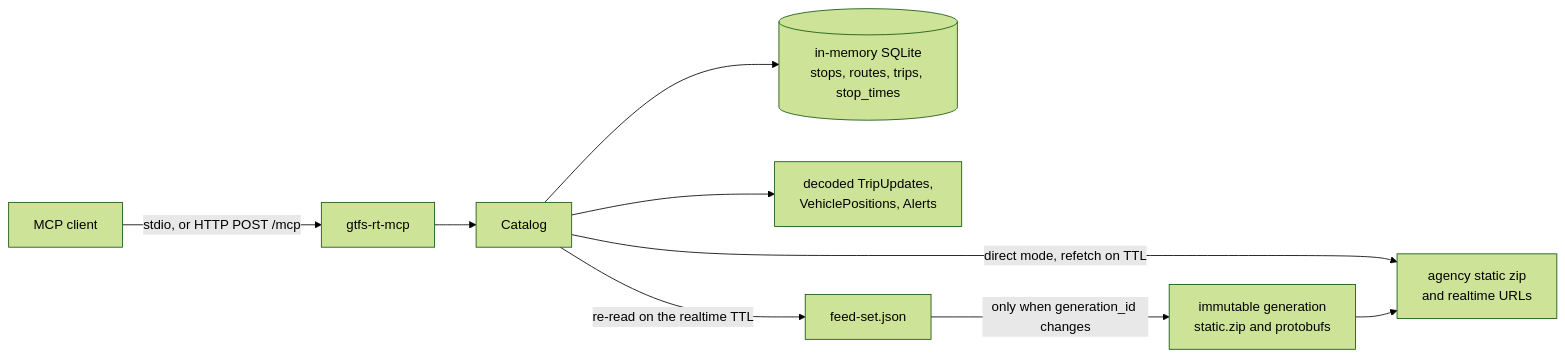
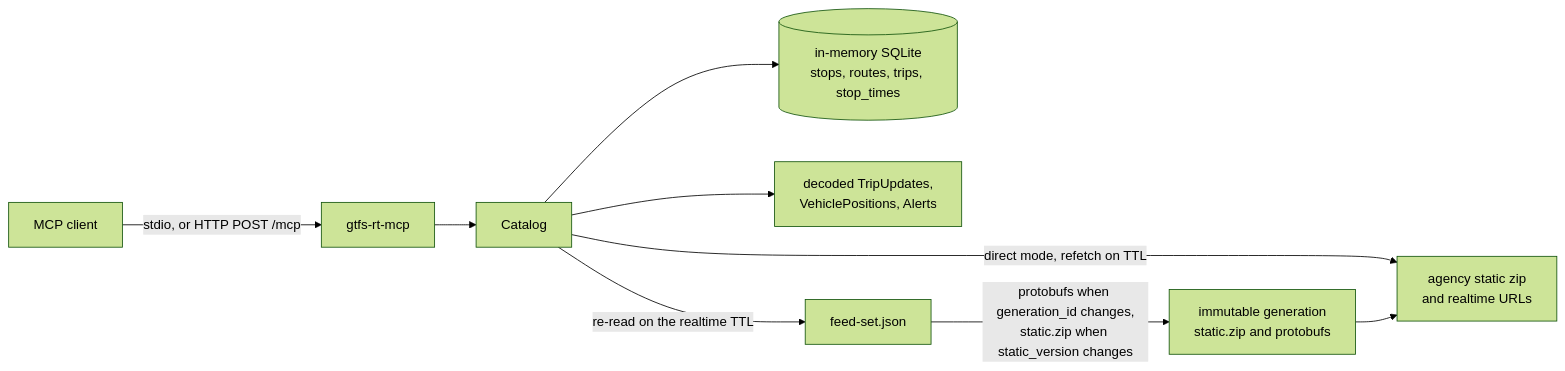
Before and after one commit to sohampatwardhan/gtfs-rt-mcp: the diagram in README.md, drawn with Mermaid (forest theme). The commit also changed other lines of this file and 2 other files, not shown here.

First line of the commit message:
Key feed-set static GTFS on static_version and retry pruned generations

````diff
--- a/README.md
+++ b/README.md
@@ -22,11 +22,11 @@
 ```mermaid
 flowchart LR
   Agent["MCP client"] -->|"stdio, or HTTP POST /mcp"| Server["gtfs-rt-mcp"]
   Server --> Catalog["Catalog"]
   Catalog --> Static[("in-memory SQLite<br/>stops, routes, trips, stop_times")]
   Catalog --> Cache["decoded TripUpdates,<br/>VehiclePositions, Alerts"]
   Catalog -->|"re-read on the realtime TTL"| Manifest["feed-set.json"]
-  Manifest -->|"only when generation_id changes"| Generation["immutable generation<br/>static.zip and protobufs"]
+  Manifest -->|"protobufs when generation_id changes,<br/>static.zip when static_version changes"| Generation["immutable generation<br/>static.zip and protobufs"]
   Catalog -->|"direct mode, refetch on TTL"| Agency["agency static zip<br/>and realtime URLs"]
   Generation --> Agency
 ```
````
